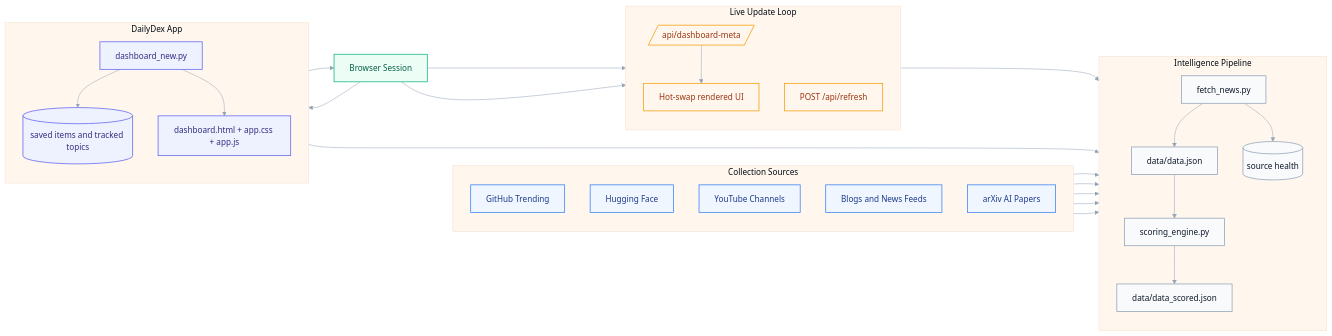
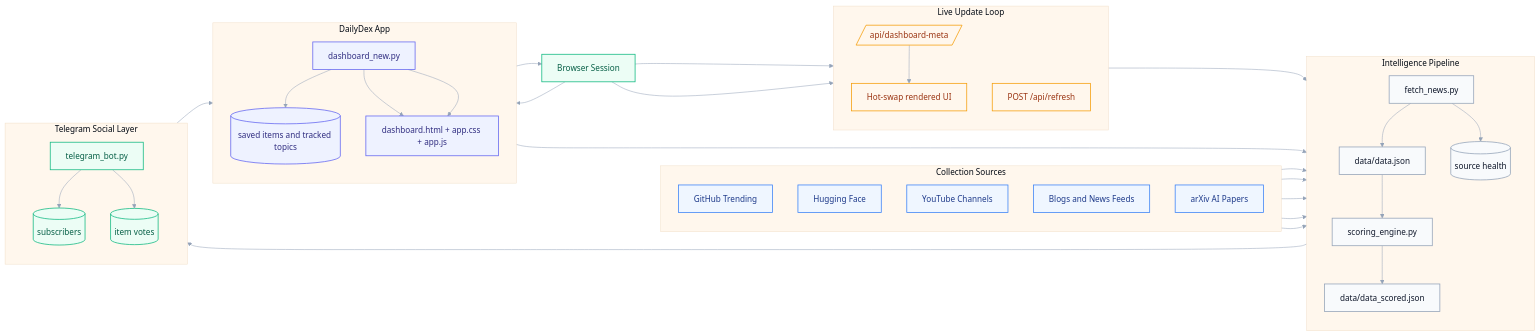
Before and after one commit to amonkarsidhant/DailyDex: the diagram in README.md, drawn with Mermaid. The commit also changed other lines of this file and 8 other files, not shown here.

First line of the commit message:
Add Telegram social layer with friend voting (v0.10)

````diff
--- a/README.md
+++ b/README.md
@@ -194,6 +216,13 @@
         LIVE[Hot-swap rendered UI]
     end
 
+    subgraph BOT[Telegram Social Layer]
+        direction TB
+        TGBOT[telegram_bot.py]
+        SUBS[(subscribers)]
+        VOTES[(item votes)]
+    end
+
     GH --> FETCH
     HF --> FETCH
     YT --> FETCH
@@ -216,15 +245,23 @@
     BROWSER --> REFRESH
     REFRESH --> FETCH
 
+    SCORED --> TGBOT
+    TGBOT --> SUBS
+    TGBOT --> VOTES
+    VOTES --> FLASK
+    FLASK --> UI
+
     classDef source fill:#eff6ff,stroke:#3b82f6,color:#1e3a8a,stroke-width:1.5px;
     classDef pipeline fill:#f8fafc,stroke:#94a3b8,color:#0f172a,stroke-width:1.5px;
     classDef app fill:#eef2ff,stroke:#6366f1,color:#312e81,stroke-width:1.5px;
     classDef loop fill:#fff7ed,stroke:#f59e0b,color:#9a3412,stroke-width:1.5px;
+    classDef bot fill:#ecfdf5,stroke:#10b981,color:#065f46,stroke-width:1.5px;
     classDef user fill:#ecfdf5,stroke:#10b981,color:#065f46,stroke-width:1.5px;
 
     class GH,HF,YT,BL,AX source;
     class FETCH,RAW,SCORE,SCORED,HEALTH pipeline;
     class FLASK,STATE,UI app;
     class META,REFRESH,LIVE loop;
+    class TGBOT,SUBS,VOTES bot;
     class BROWSER user;
 ```
````
